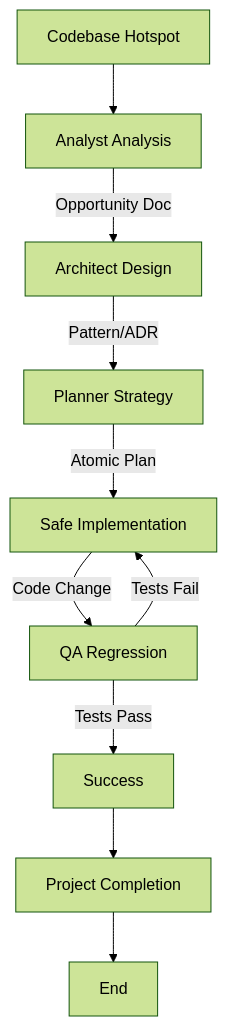
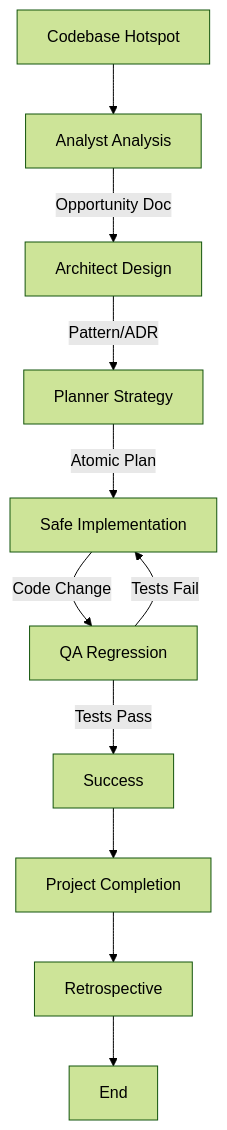
The diagram in custom-agents/workflows/maintenance/Refactoring.workflow.md (seanspiesman/Agents-and-Workflows), drawn with Mermaid (forest theme) before and after one commit. The commit also changed other lines of this file and 38 other files, not shown here.

````diff
--- a/custom-agents/workflows/maintenance/Refactoring.workflow.md
+++ b/custom-agents/workflows/maintenance/Refactoring.workflow.md
@@ -100,12 +109,13 @@
 ```mermaid
 flowchart TD
     A[Codebase Hotspot] --> B[Analyst Analysis]
     B -->|Opportunity Doc| C[Architect Design]
     C -->|Pattern/ADR| D[Planner Strategy]
     D -->|Atomic Plan| E[Safe Implementation]
     E -->|Code Change| F[QA Regression]
     F -->|Tests Fail| E
     F -->|Tests Pass| G[Success]
     G --> H[Project Completion]
-    H --> I[End]
+    H --> I[Retrospective]
+    I --> J[End]
 ```
````
